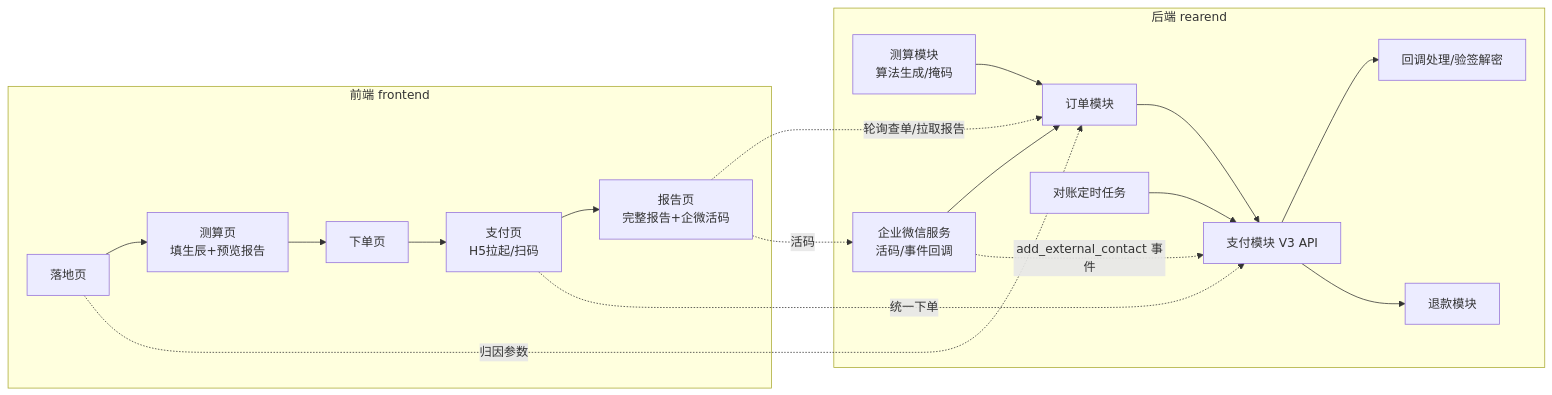
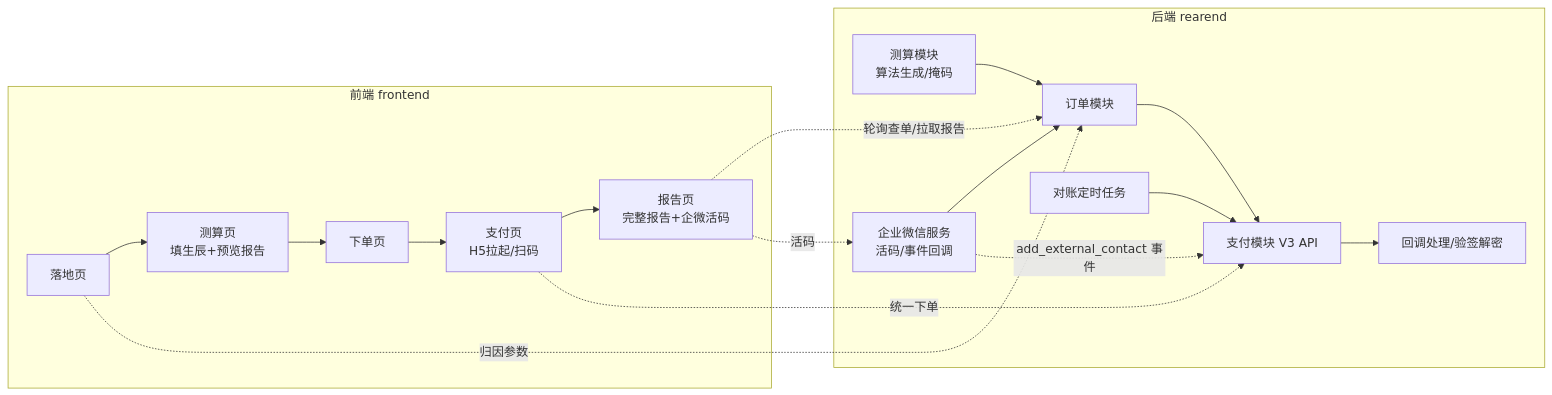
The second of 5 diagrams in doc/开发文档.md (LiquorXR/yycs), drawn with Mermaid before and after one commit. The commit also changed other lines of this file and 1 other file, not shown here.

````diff
--- a/doc/开发文档.md
+++ b/doc/开发文档.md
@@ -59,22 +59,21 @@
 ```mermaid
 graph LR
     subgraph 前端 frontend
         L[落地页] --> T[测算页<br/>填生辰+预览报告]
         T --> O[下单页]
         O --> P[支付页<br/>H5拉起/扫码]
         P --> R[报告页<br/>完整报告+企微活码]
     end
     subgraph 后端 rearend
         M[测算模块<br/>算法生成/掩码] --> A[订单模块]
         A --> B[支付模块 V3 API]
         B --> C[回调处理/验签解密]
-        B --> D[退款模块]
         E[对账定时任务] --> B
         W[企业微信服务<br/>活码/事件回调] --> A
     end
     P -.统一下单.-> B
     R -.轮询查单/拉取报告.-> A
     R -.活码.-> W
     W -.add_external_contact 事件.-> B
     L -.归因参数.-> A
 ```
````
